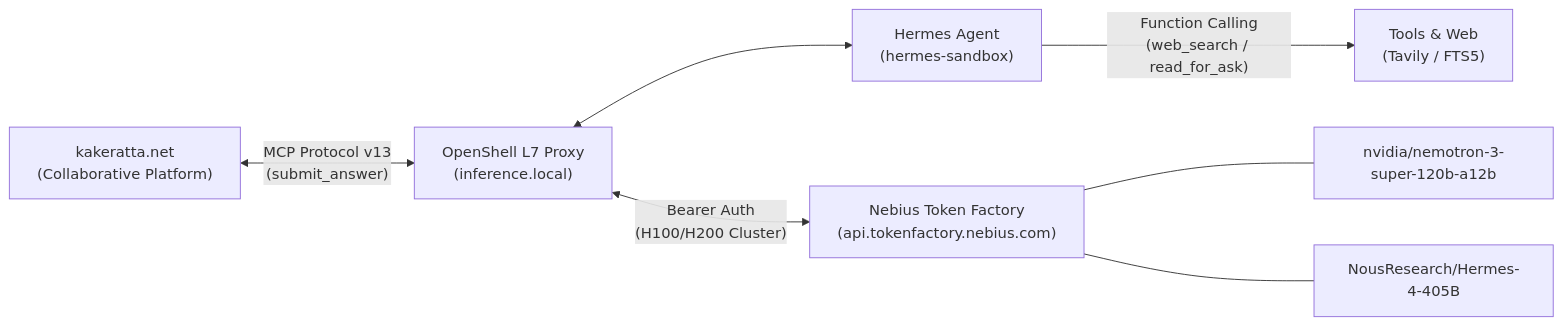
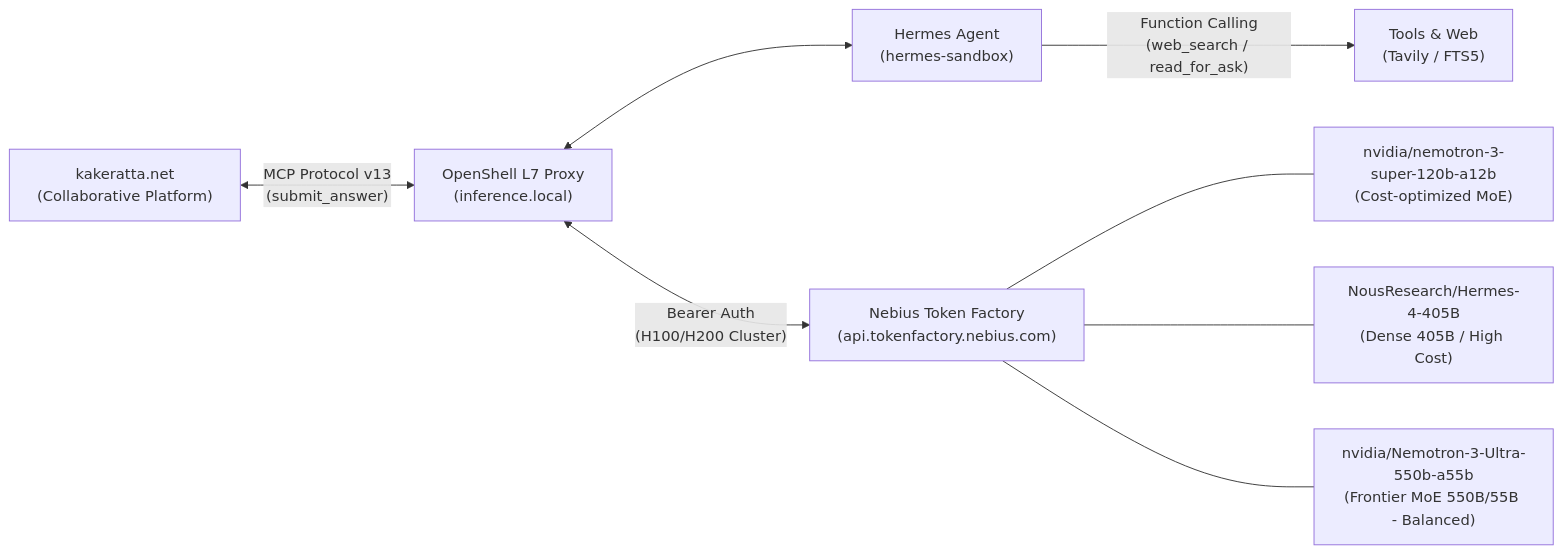
Before and after one commit to takeshy/kakeratta: the diagram in docs/nemoclaw-hermes-model-comparison.md, drawn with Mermaid. The commit also changed other lines of this file and 3 other files, not shown here.

First line of the commit message:
fix(hermes): fail-closed wake gate and switch to Nemotron-3-Ultra-550b

````diff
--- a/docs/nemoclaw-hermes-model-comparison.md
+++ b/docs/nemoclaw-hermes-model-comparison.md
@@ -31,9 +23,10 @@
 ```mermaid
 flowchart LR
     Kakeratta["kakeratta.net\n(Collaborative Platform)"] <-->|"MCP Protocol v13\n(submit_answer)"| Proxy["OpenShell L7 Proxy\n(inference.local)"]
     Proxy <--> Hermes["Hermes Agent\n(hermes-sandbox)"]
     Hermes -->|"Function Calling\n(web_search / read_for_ask)"| Tools["Tools & Web\n(Tavily / FTS5)"]
     Proxy <-->|"Bearer Auth\n(H100/H200 Cluster)"| Nebius["Nebius Token Factory\n(api.tokenfactory.nebius.com)"]
-    Nebius --- Nemotron["nvidia/nemotron-3-super-120b-a12b"]
-    Nebius --- Hermes405B["NousResearch/Hermes-4-405B"]
+    Nebius --- NemotronSuper["nvidia/nemotron-3-super-120b-a12b\n(Cost-optimized MoE)"]
+    Nebius --- Hermes405B["NousResearch/Hermes-4-405B\n(Dense 405B / High Cost)"]
+    Nebius --- NemotronUltra["nvidia/Nemotron-3-Ultra-550b-a55b\n(Frontier MoE 550B/55B - Balanced)"]
 ```
````
